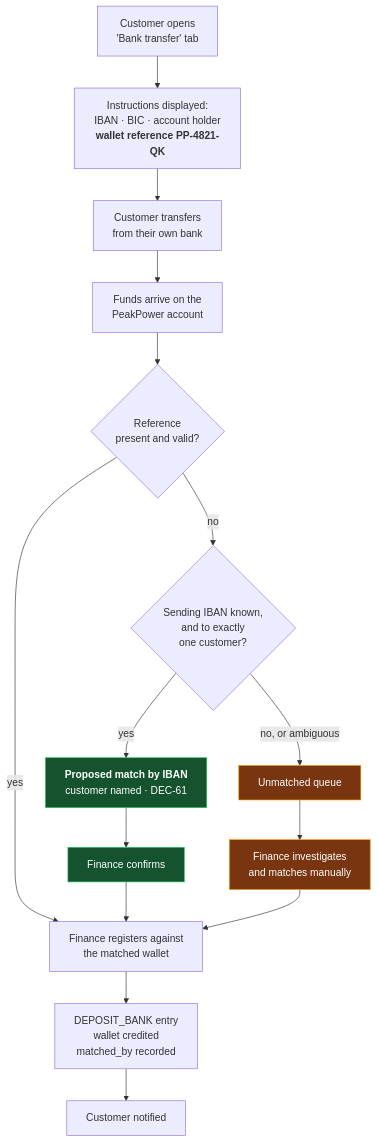
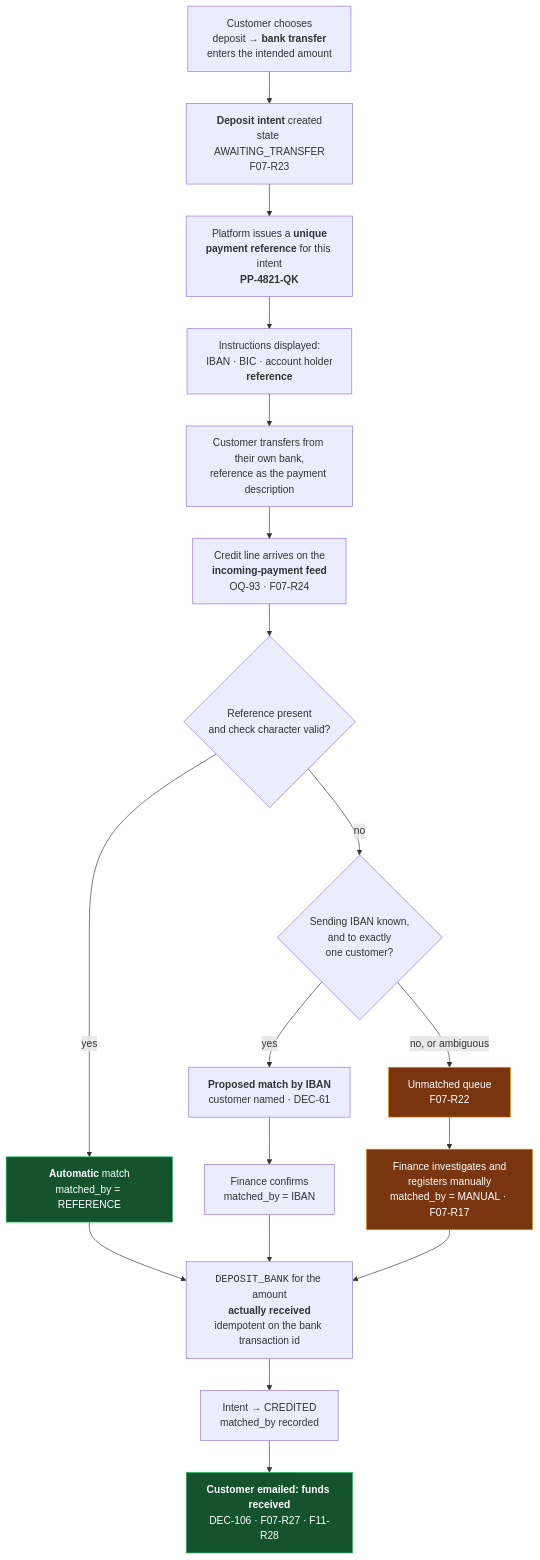
One commit to lukastosic-ifd/peakpowerspecs changed the third of 5 diagrams in specs/40-processes/03-wallet-topup-flow.md. Above: the diagram before and after it, drawn with Mermaid. The commit also changed other lines of this file and 66 other files, not shown here.

````diff
--- a/specs/40-processes/03-wallet-topup-flow.md
+++ b/specs/40-processes/03-wallet-topup-flow.md
@@ -102,22 +197,25 @@
 ```mermaid
 flowchart TB
-    A["Customer opens<br/>'Bank transfer' tab"] --> B["Instructions displayed:<br/>IBAN · BIC · account holder<br/><b>wallet reference PP-4821-QK</b>"]
-    B --> C["Customer transfers<br/>from their own bank"]
-    C --> D["Funds arrive on the<br/>PeakPower account"]
-    D --> E{"Reference<br/>present and valid?"}
-    E -->|yes| F["Finance registers against<br/>the matched wallet"]
-    E -->|no| K{"Sending IBAN known,<br/>and to exactly<br/>one customer?"}
+    A["Customer chooses<br/>deposit → <b>bank transfer</b><br/>enters the intended amount"] --> B["<b>Deposit intent</b> created<br/>state AWAITING_TRANSFER<br/>F07-R23"]
+    B --> C["Platform issues a <b>unique<br/>payment reference</b> for this intent<br/><b>PP-4821-QK</b>"]
+    C --> D["Instructions displayed:<br/>IBAN · BIC · account holder<br/><b>reference</b>"]
+    D --> E["Customer transfers from their own bank,<br/>reference as the payment description"]
+    E --> F["Credit line arrives on the<br/><b>incoming-payment feed</b><br/>OQ-93 · F07-R24"]
+    F --> G{"Reference present<br/>and check character valid?"}
+    G -->|yes| H["<b>Automatic</b> match<br/>matched_by = REFERENCE"]
+    G -->|no| K{"Sending IBAN known,<br/>and to exactly<br/>one customer?"}
     K -->|yes| L["<b>Proposed match by IBAN</b><br/>customer named · DEC-61"]
-    L --> M["Finance confirms"]
-    M --> F
-    K -->|"no, or ambiguous"| G["Unmatched queue"]
-    G --> H["Finance investigates<br/>and matches manually"]
-    H --> F
-    F --> I["DEPOSIT_BANK entry<br/>wallet credited<br/>matched_by recorded"]
-    I --> J["Customer notified"]
+    L --> M["Finance confirms<br/>matched_by = IBAN"]
+    K -->|"no, or ambiguous"| Q["Unmatched queue<br/>F07-R22"]
+    Q --> R["Finance investigates and<br/>registers manually<br/>matched_by = MANUAL · F07-R17"]
+    H --> N["<code>DEPOSIT_BANK</code> for the amount<br/><b>actually received</b><br/>idempotent on the bank transaction id"]
+    M --> N
+    R --> N
+    N --> O["Intent → CREDITED<br/>matched_by recorded"]
+    O --> P["<b>Customer emailed: funds received</b><br/>DEC-106 · F07-R27 · F11-R28"]
 
     classDef warn fill:#78350f,stroke:#f59e0b,color:#fff
     classDef good fill:#14532d,stroke:#22c55e,color:#fff
-    class G,H warn
-    class L,M good
+    class Q,R warn
+    class H,P good
 ```
````
